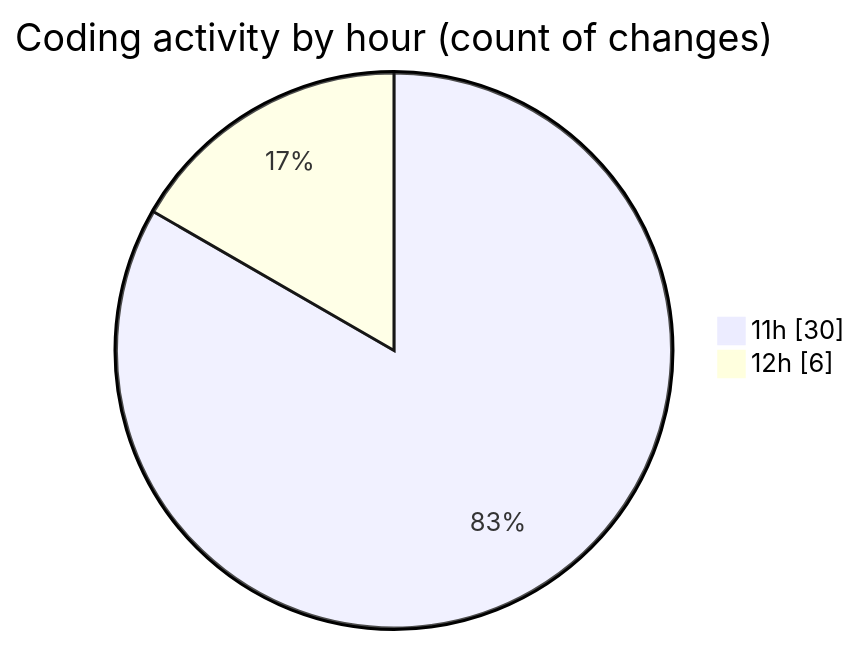
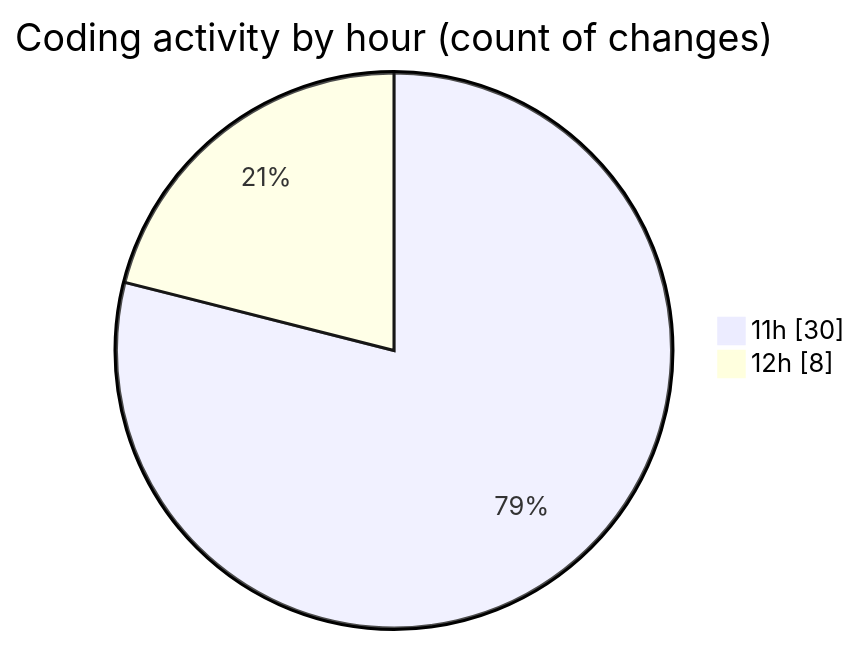
Before and after one commit to lephambinh05/code-tracking: the second of 2 diagrams in 2025-08-25/studybuddy/README.md, drawn with Mermaid. The commit also changed other lines of this file and 1 other file, not shown here.

````diff
--- a/2025-08-25/studybuddy/README.md
+++ b/2025-08-25/studybuddy/README.md
@@ -50,6 +52,6 @@
 ```mermaid
 pie showData
 title Coding activity by hour (count of changes)
 "11h" : 30
-"12h" : 6
+"12h" : 8
 ```
````
